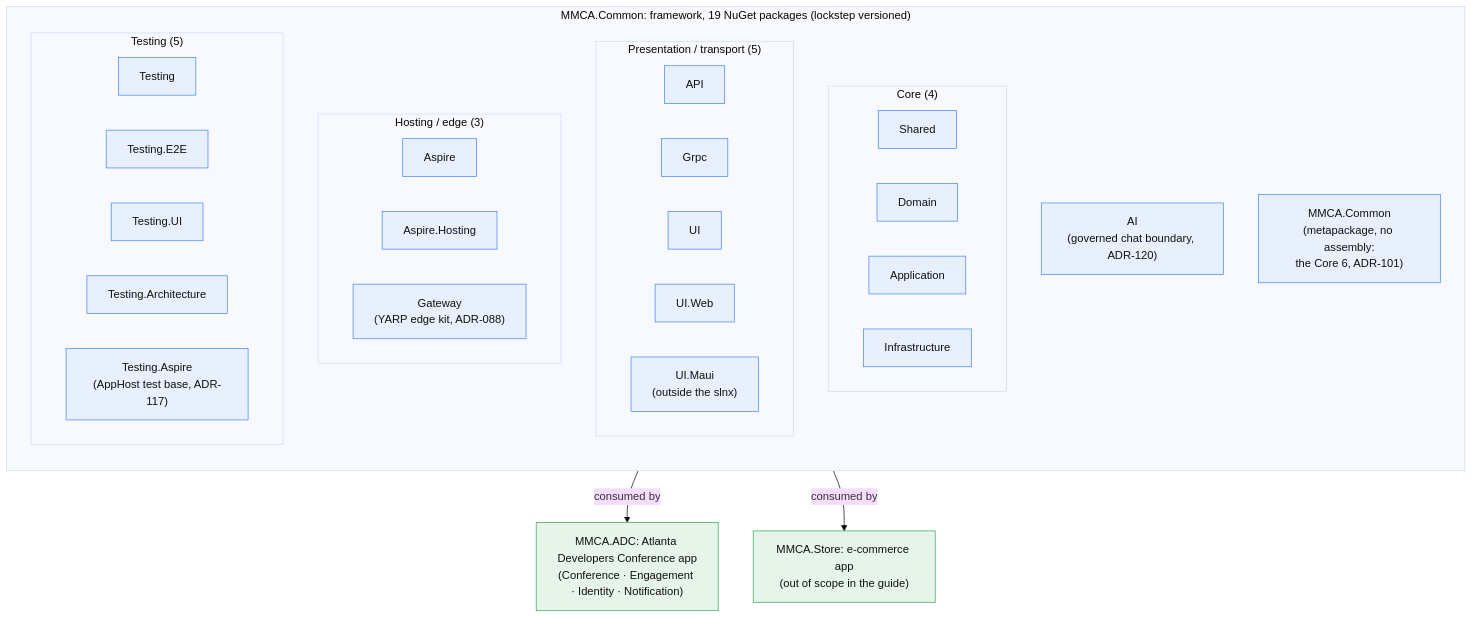
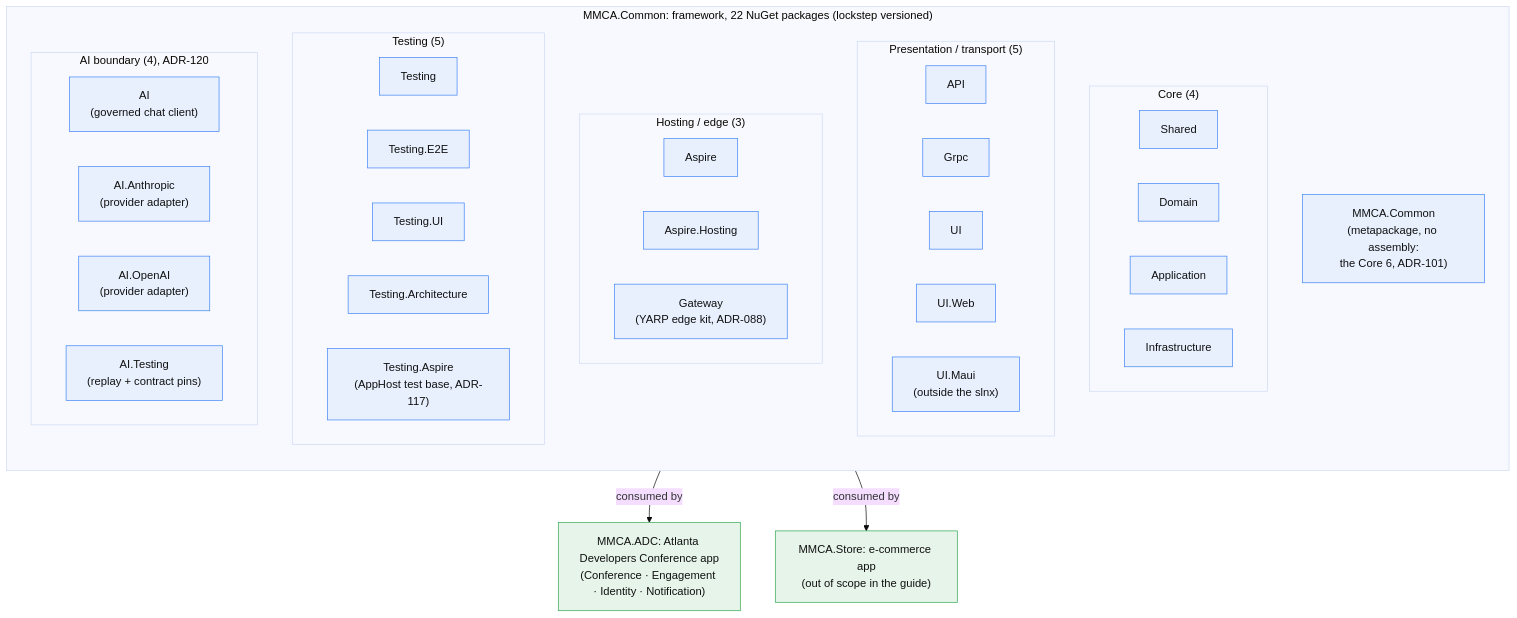
Before and after one commit to ivanball/ivanball.github.io: the first of 15 diagrams in docs-src/onboarding/CONCEPT-MAPS.md, drawn with Mermaid (base theme). The commit also changed other lines of this file and 79 other files, not shown here.

````diff
--- a/docs-src/onboarding/CONCEPT-MAPS.md
+++ b/docs-src/onboarding/CONCEPT-MAPS.md
@@ -35,44 +38,49 @@
 ```mermaid
 flowchart TD
-    subgraph COMMON["MMCA.Common: framework, 19 NuGet packages (lockstep versioned)"]
+    subgraph COMMON["MMCA.Common: framework, 22 NuGet packages (lockstep versioned)"]
         direction TB
         subgraph CORE["Core (4)"]
             SH["Shared"]
             DOM["Domain"]
             APP["Application"]
             INF["Infrastructure"]
         end
         subgraph PRES["Presentation / transport (5)"]
             API["API"]
             GRPC["Grpc"]
             UI["UI"]
             UIW["UI.Web"]
             UIM["UI.Maui<br/>(outside the slnx)"]
         end
         subgraph HOSTPK["Hosting / edge (3)"]
             ASPIRE["Aspire"]
             ASPH["Aspire.Hosting"]
             GWPK["Gateway<br/>(YARP edge kit, ADR-088)"]
         end
         subgraph TEST["Testing (5)"]
             T1["Testing"]
             T2["Testing.E2E"]
             T3["Testing.UI"]
             T4["Testing.Architecture"]
             T5["Testing.Aspire<br/>(AppHost test base, ADR-117)"]
         end
-        AIPK["AI<br/>(governed chat boundary, ADR-120)"]
+        subgraph AIFAM["AI boundary (4), ADR-120"]
+            AIPK["AI<br/>(governed chat client)"]
+            AIA["AI.Anthropic<br/>(provider adapter)"]
+            AIO["AI.OpenAI<br/>(provider adapter)"]
+            AIT["AI.Testing<br/>(replay + contract pins)"]
+        end
         META["MMCA.Common<br/>(metapackage, no assembly:<br/>the Core 6, ADR-101)"]
     end
 
     ADC["MMCA.ADC: Atlanta Developers Conference app<br/>(Conference · Engagement · Identity · Notification)"]
     STORE["MMCA.Store: e-commerce app<br/>(out of scope in the guide)"]
 
     COMMON -->|"consumed by"| ADC
     COMMON -->|"consumed by"| STORE
 
     classDef fw fill:#e8f0fe,stroke:#4285f4,color:#111
     classDef con fill:#e6f4ea,stroke:#34a853,color:#111
-    class SH,DOM,APP,INF,API,GRPC,UI,UIW,UIM,ASPIRE,ASPH,GWPK,T1,T2,T3,T4,T5,AIPK,META fw
+    class SH,DOM,APP,INF,API,GRPC,UI,UIW,UIM,ASPIRE,ASPH,GWPK,T1,T2,T3,T4,T5,AIPK,AIA,AIO,AIT,META fw
     class ADC,STORE con
 ```
````
